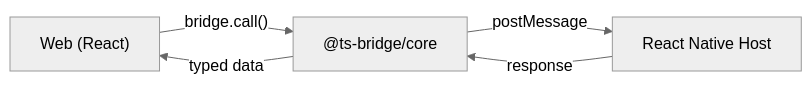
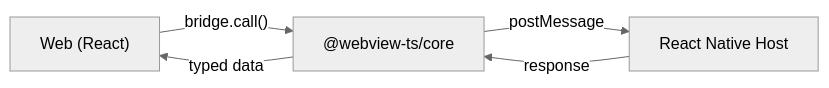
One commit to Kyujenius/webview-ts changed the diagram in README.md. Above: the diagram before and after it, drawn with Mermaid (neutral theme). The commit also changed other lines of this file and 73 other files, not shown here.

Commit message:
chore: rename package scope from @ts-bridge to @webview-ts

````diff
--- a/README.md
+++ b/README.md
@@ -100,7 +100,7 @@
 ```mermaid
 graph LR
-    Web["Web (React)"] -->|"bridge.call()"| Bridge["@ts-bridge/core"]
+    Web["Web (React)"] -->|"bridge.call()"| Bridge["@webview-ts/core"]
     Bridge -->|"postMessage"| Native["React Native Host"]
     Native -->|"response"| Bridge
     Bridge -->|"typed data"| Web
 ```
````
